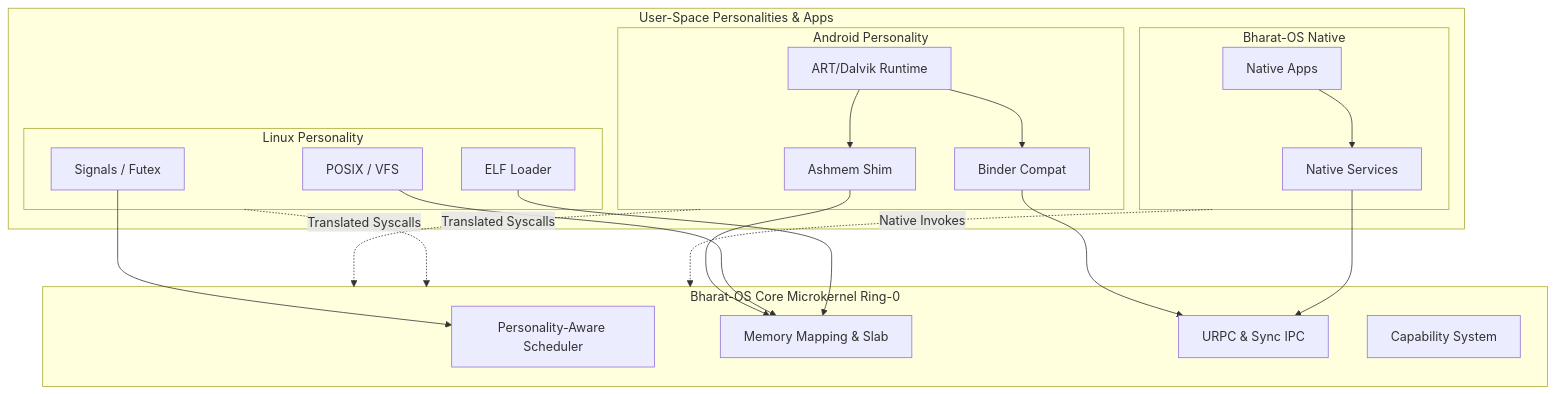
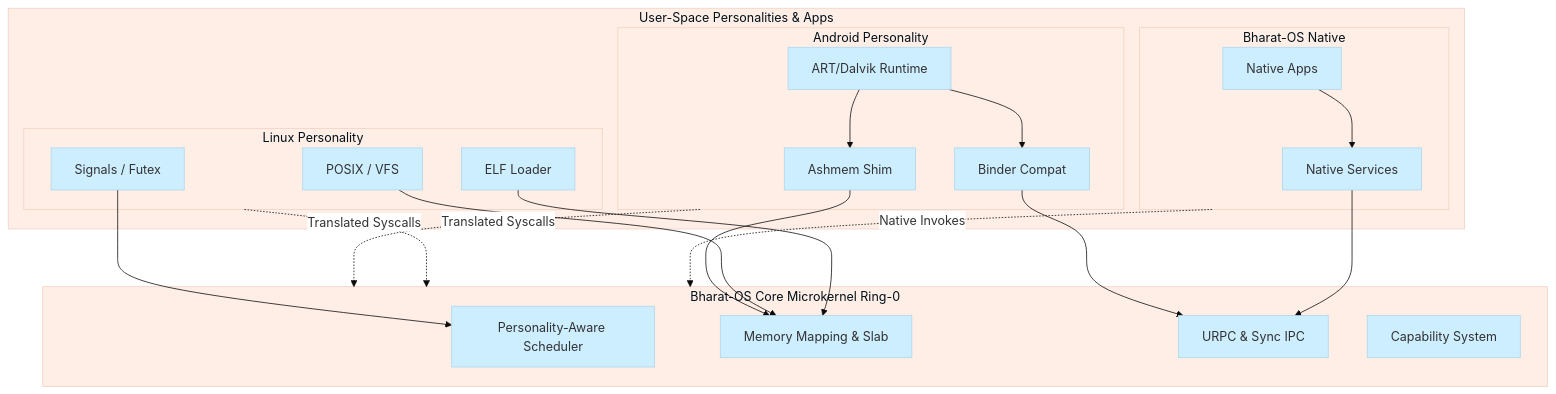
One commit to CloudCarpentry/Bharat-OS changed the second of 7 diagrams in README.md. Above: the diagram before and after it, drawn with Mermaid. The commit also changed other lines of this file and 3 other files, not shown here.

First line of the commit message:
docs: update README, ADRs, and architecture docs for structured panics and FBUI

````diff
--- a/README.md
+++ b/README.md
@@ -112,44 +117,45 @@
 ```mermaid
+%%{init: {'theme': 'base', 'themeVariables': { 'primaryColor': '#cceeff', 'edgeLabelBackground':'#ffffff'}}}%%
 graph TD
     subgraph Personalities [User-Space Personalities & Apps]
         subgraph Android [Android Personality]
             ART[ART/Dalvik Runtime]
             Binder[Binder Compat]
             Ashmem[Ashmem Shim]
         end
 
         subgraph Linux [Linux Personality]
             POSIX[POSIX / VFS]
             Signals[Signals / Futex]
             ELF[ELF Loader]
         end
 
         subgraph Native [Bharat-OS Native]
             NativeApps[Native Apps]
             NativeServices[Native Services]
         end
     end
 
     subgraph Microkernel [Bharat-OS Core Microkernel Ring-0]
         CoreSched[Personality-Aware Scheduler]
         CoreMM[Memory Mapping & Slab]
         CoreIPC[URPC & Sync IPC]
         CoreCap[Capability System]
     end
 
     ART --> Binder
     ART --> Ashmem
     Binder --> CoreIPC
     Ashmem --> CoreMM
 
     POSIX --> CoreMM
     Signals --> CoreSched
     ELF --> CoreMM
 
     NativeApps --> NativeServices
     NativeServices --> CoreIPC
 
     Android -.->|Translated Syscalls| Microkernel
     Linux -.->|Translated Syscalls| Microkernel
     Native -.->|Native Invokes| Microkernel
 ```
````
